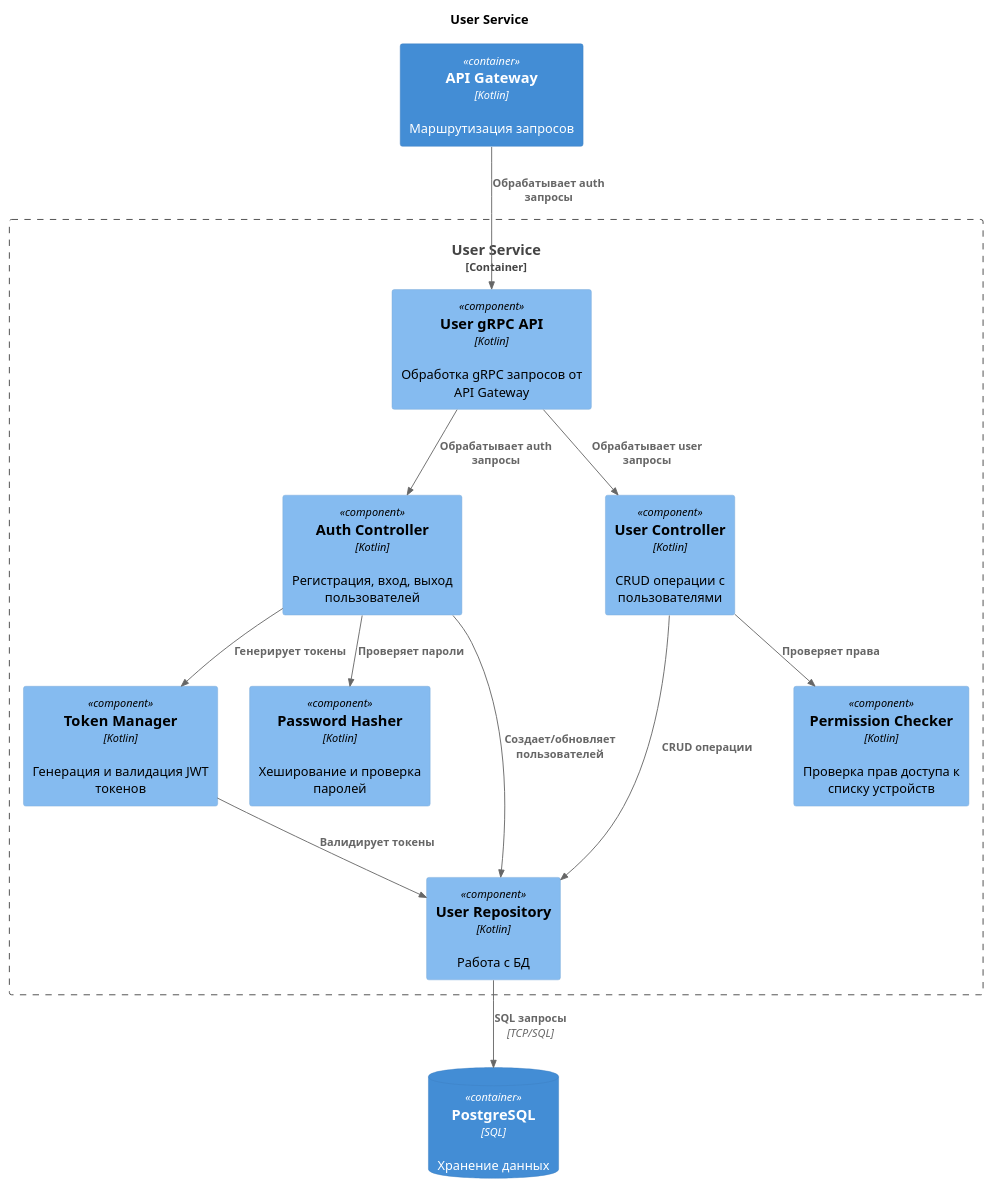
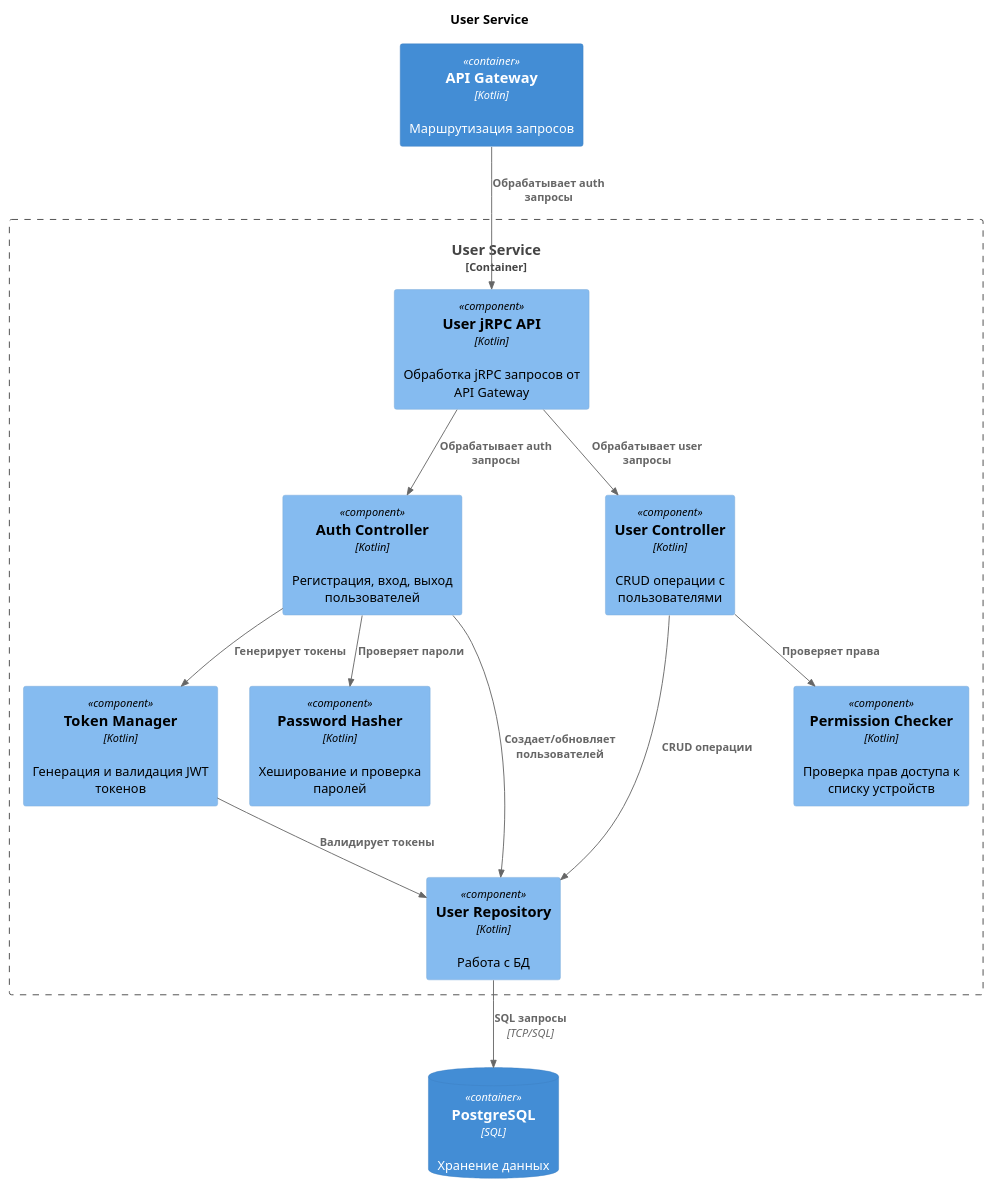
Before and after one commit to svNikitij/architecture-warmhouse-docs: the diagram in uml/components/ToBeComponentsLairUserService.puml, drawn with PlantUML. The commit also changed 8 other files, not shown here.

```diff
--- a/uml/components/ToBeComponentsLairUserService.puml
+++ b/uml/components/ToBeComponentsLairUserService.puml
@@ -1,31 +1,31 @@
 @startuml
 title User Service
 
 !includeurl https://raw.githubusercontent.com/RicardoNiepel/C4-PlantUML/master/C4_Component.puml
 
 
 Container(api_gateway, "API Gateway", "Kotlin", "Маршрутизация запросов")
 ContainerDb(postgres, "PostgreSQL", "SQL", "Хранение данных")
 
 Container_Boundary(user_service_boundary, "User Service") {
-    Component(user_grpc_server, "User gRPC API", "Kotlin", "Обработка gRPC запросов от API Gateway")
+    Component(user_jRPC_server, "User jRPC API", "Kotlin", "Обработка jRPC запросов от API Gateway")
     Component(user_auth_controller, "Auth Controller", "Kotlin", "Регистрация, вход, выход пользователей")
     Component(user_controller, "User Controller", "Kotlin", "CRUD операции с пользователями")
     Component(user_token_manager, "Token Manager", "Kotlin", "Генерация и валидация JWT токенов")
     Component(user_password_hasher, "Password Hasher", "Kotlin", "Хеширование и проверка паролей")
     Component(user_repository, "User Repository", "Kotlin", "Работа с БД")
     Component(user_permission_checker, "Permission Checker", "Kotlin", "Проверка прав доступа к списку устройств")
 }
 
-Rel(user_grpc_server, user_auth_controller, "Обрабатывает auth запросы")
-Rel(user_grpc_server, user_controller, "Обрабатывает user запросы")
+Rel(user_jRPC_server, user_auth_controller, "Обрабатывает auth запросы")
+Rel(user_jRPC_server, user_controller, "Обрабатывает user запросы")
 Rel(user_auth_controller, user_token_manager, "Генерирует токены")
 Rel(user_auth_controller, user_password_hasher, "Проверяет пароли")
 Rel(user_auth_controller, user_repository, "Создает/обновляет пользователей")
 Rel(user_controller, user_permission_checker, "Проверяет права")
 Rel(user_controller, user_repository, "CRUD операции")
 Rel(user_token_manager, user_repository, "Валидирует токены")
-Rel(api_gateway, user_grpc_server, "Обрабатывает auth запросы")
+Rel(api_gateway, user_jRPC_server, "Обрабатывает auth запросы")
 Rel(user_repository, postgres, "SQL запросы", "TCP/SQL")
 
 @enduml
```
